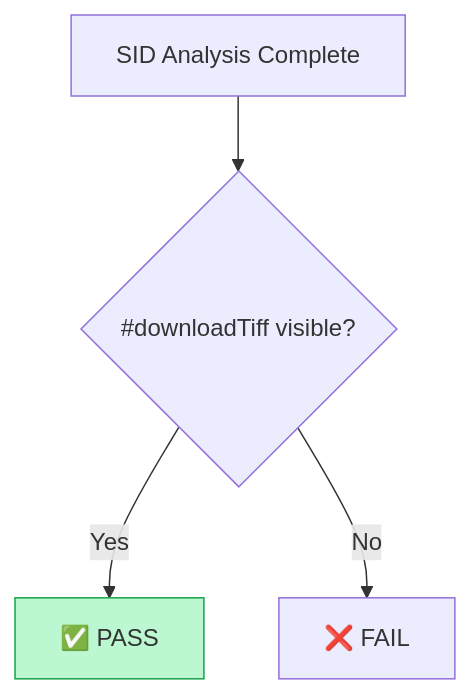
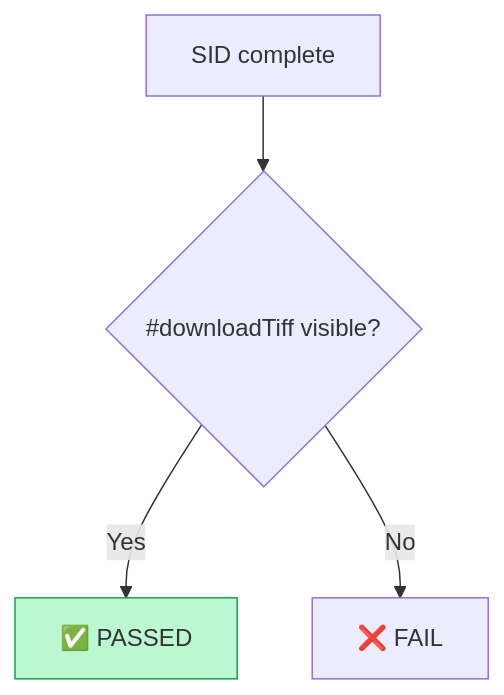
Before and after one commit to GeoWGS84-Testing/Mrsid-Extension: diagram 16 of 38 in README.md, drawn with Mermaid. The commit also changed other lines of this file, not shown here.

````diff
--- a/README.md
+++ b/README.md
@@ -471,8 +503,7 @@
 ```mermaid
 flowchart TD
-  A[SID Analysis Complete] --> B{#downloadTiff visible?}
-  B -->|Yes| P[✅ PASS]
+  A[SID complete] --> B{#downloadTiff visible?}
+  B -->|Yes| P[✅ PASSED]
   B -->|No| X[❌ FAIL]
-
   style P fill:#bbf7d0,stroke:#16a34a
 ```
````
